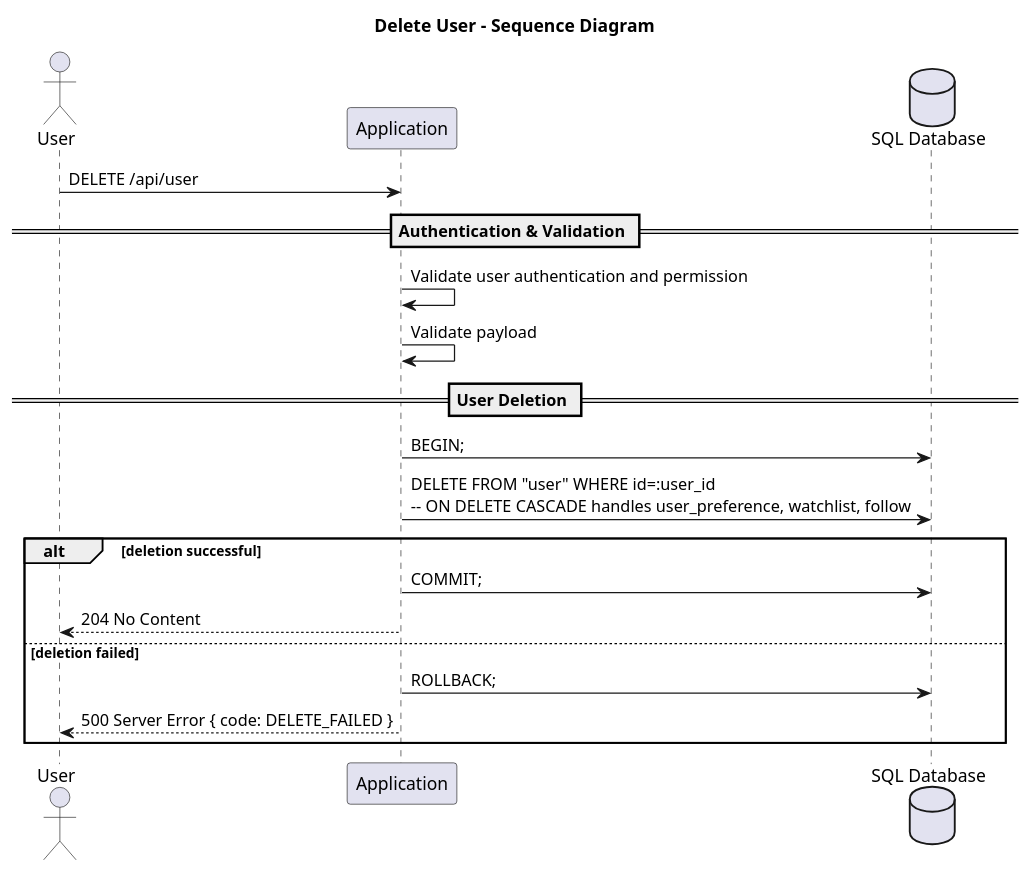
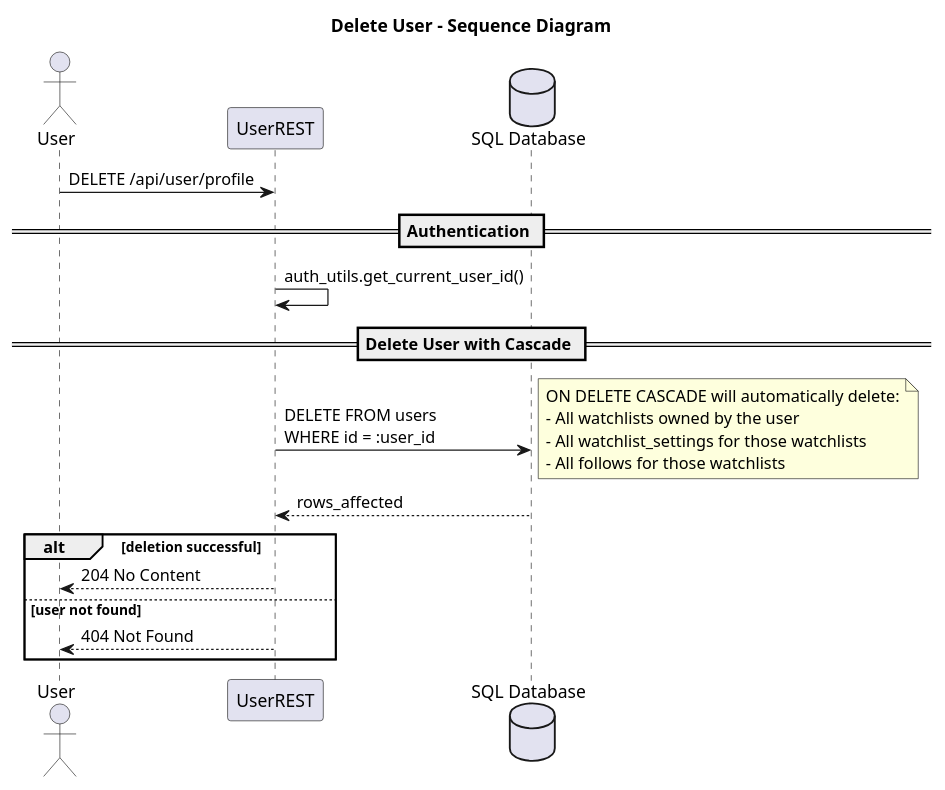
The diagram in docs/uml/sequence_diagram_delete_user.puml (PhilippXXY/ticker-cal-tracker), drawn with PlantUML before and after one commit. The commit also changed 16 other files, not shown here.

Commit message:
Update UML diagrams to reflect current codebase

```diff
--- a/docs/uml/sequence_diagram_delete_user.puml
+++ b/docs/uml/sequence_diagram_delete_user.puml
@@ -1,24 +1,32 @@
 @startuml sequence_diagram_delete_user
 title Delete User - Sequence Diagram
 
 actor User
-participant "Application" as APP
+participant "UserREST" as REST
 database "SQL Database" as DB
 
-User -> APP: DELETE /api/user
 
-== Authentication & Validation ==
-APP -> APP: Validate user authentication and permission
-APP -> APP: Validate payload
+User -> REST: DELETE /api/user/profile
 
-== User Deletion ==
-APP -> DB: BEGIN;
-APP -> DB: DELETE FROM "user" WHERE id=:user_id\n-- ON DELETE CASCADE handles user_preference, watchlist, follow
+== Authentication ==
+REST -> REST: auth_utils.get_current_user_id()
+
+== Delete User with Cascade ==
+REST -> DB: DELETE FROM users\nWHERE id = :user_id
+
+note right
+  ON DELETE CASCADE will automatically delete:
+  - All watchlists owned by the user
+  - All watchlist_settings for those watchlists
+  - All follows for those watchlists
+end note
+
+DB --> REST: rows_affected
+
 alt deletion successful
-  APP -> DB: COMMIT;
-  APP --> User: 204 No Content
-else deletion failed
-  APP -> DB: ROLLBACK;
-  APP --> User: 500 Server Error { code: DELETE_FAILED }
+  REST --> User: 204 No Content
+else user not found
+  REST --> User: 404 Not Found
 end
+
 @enduml
```
